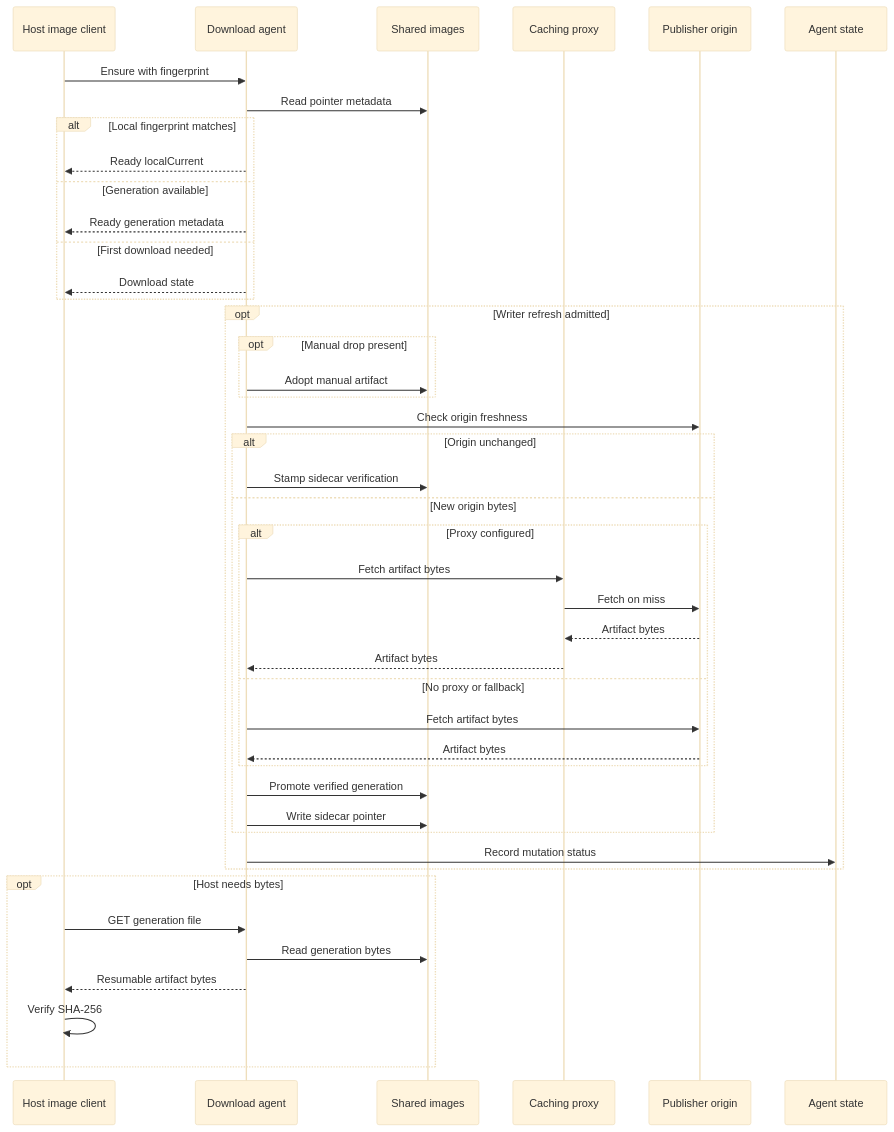
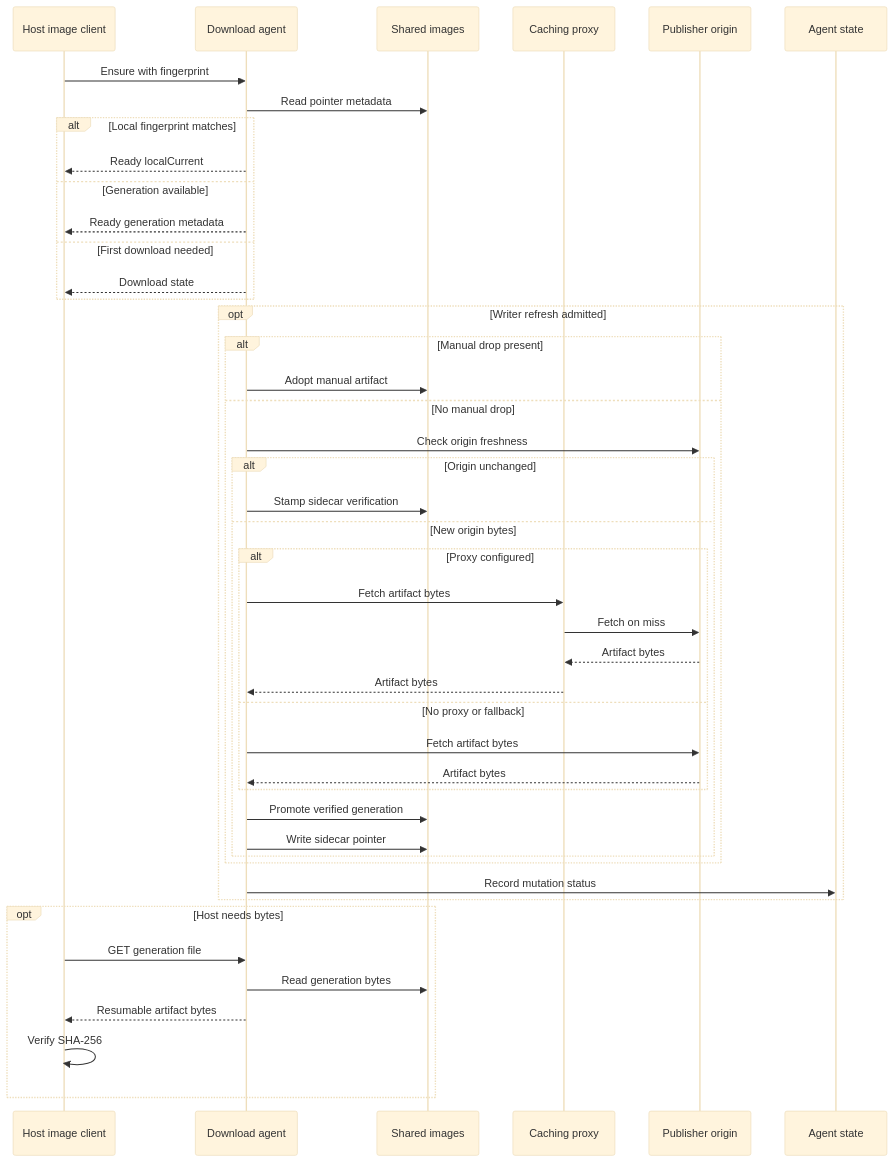
Diagram 13 of 15 in docs/design/03-data-flows.md (alissonsol/yuruna), drawn with Mermaid (base theme) before and after one commit. The commit also changed other lines of this file and 1396 other files, not shown here.

````diff
--- a/docs/design/03-data-flows.md
+++ b/docs/design/03-data-flows.md
@@ -322,46 +499,47 @@
 ```mermaid
 sequenceDiagram
     participant yuruna-download-agent-psm1 as Host image client
     participant download-agent-service as Download agent
     participant images as Shared images
     participant caching-proxy-service as Caching proxy
     participant origin as Publisher origin
     participant download-agent-service-state-go as Agent state
     yuruna-download-agent-psm1->>download-agent-service: Ensure with fingerprint
     download-agent-service->>images: Read pointer metadata
     alt Local fingerprint matches
         download-agent-service-->>yuruna-download-agent-psm1: Ready localCurrent
     else Generation available
         download-agent-service-->>yuruna-download-agent-psm1: Ready generation metadata
     else First download needed
         download-agent-service-->>yuruna-download-agent-psm1: Download state
     end
     opt Writer refresh admitted
-        opt Manual drop present
+        alt Manual drop present
             download-agent-service->>images: Adopt manual artifact
-        end
-        download-agent-service->>origin: Check origin freshness
-        alt Origin unchanged
-            download-agent-service->>images: Stamp sidecar verification
-        else New origin bytes
-            alt Proxy configured
-                download-agent-service->>caching-proxy-service: Fetch artifact bytes
-                caching-proxy-service->>origin: Fetch on miss
-                origin-->>caching-proxy-service: Artifact bytes
-                caching-proxy-service-->>download-agent-service: Artifact bytes
-            else No proxy or fallback
-                download-agent-service->>origin: Fetch artifact bytes
-                origin-->>download-agent-service: Artifact bytes
+        else No manual drop
+            download-agent-service->>origin: Check origin freshness
+            alt Origin unchanged
+                download-agent-service->>images: Stamp sidecar verification
+            else New origin bytes
+                alt Proxy configured
+                    download-agent-service->>caching-proxy-service: Fetch artifact bytes
+                    caching-proxy-service->>origin: Fetch on miss
+                    origin-->>caching-proxy-service: Artifact bytes
+                    caching-proxy-service-->>download-agent-service: Artifact bytes
+                else No proxy or fallback
+                    download-agent-service->>origin: Fetch artifact bytes
+                    origin-->>download-agent-service: Artifact bytes
+                end
+                download-agent-service->>images: Promote verified generation
+                download-agent-service->>images: Write sidecar pointer
             end
-            download-agent-service->>images: Promote verified generation
-            download-agent-service->>images: Write sidecar pointer
         end
         download-agent-service->>download-agent-service-state-go: Record mutation status
     end
     opt Host needs bytes
         yuruna-download-agent-psm1->>download-agent-service: GET generation file
         download-agent-service->>images: Read generation bytes
         download-agent-service-->>yuruna-download-agent-psm1: Resumable artifact bytes
         yuruna-download-agent-psm1->>yuruna-download-agent-psm1: Verify SHA-256
     end
 ```
````
